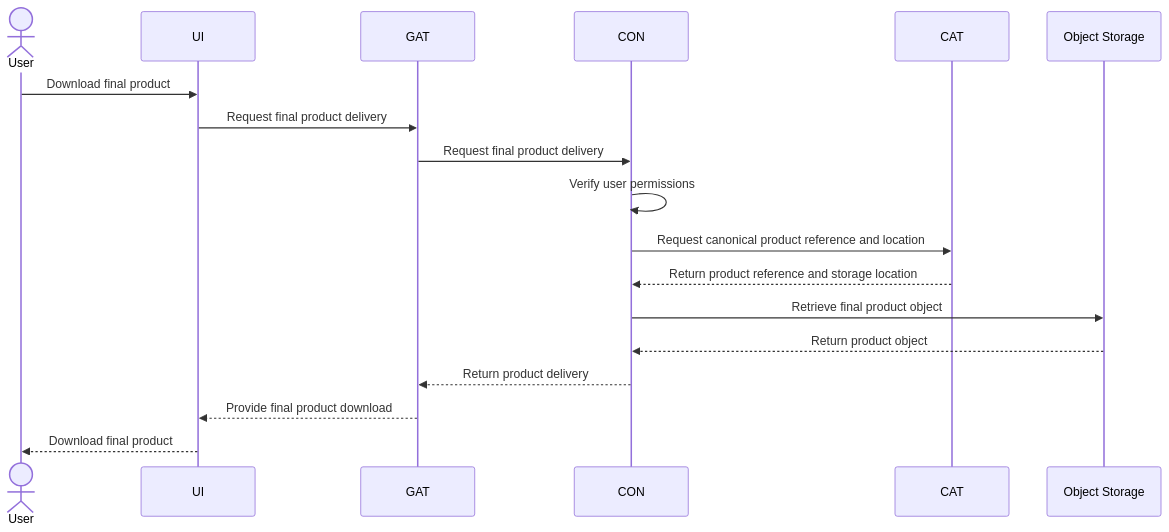
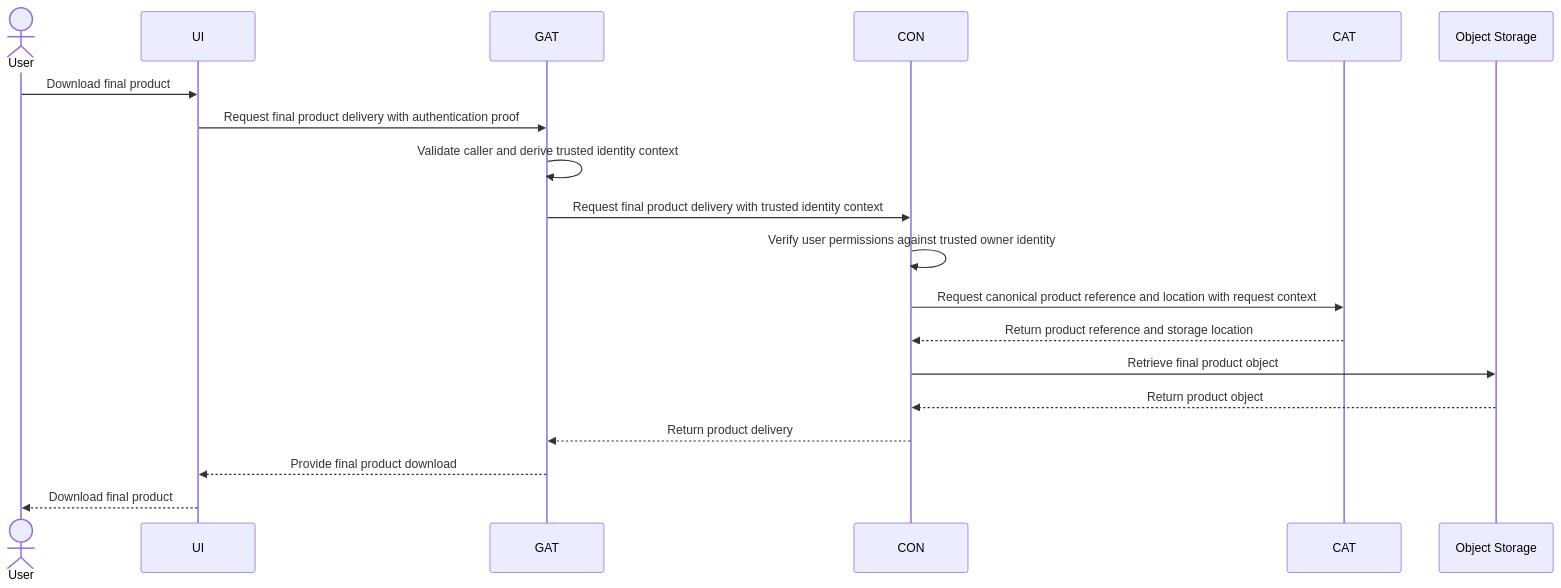
The third of 4 diagrams in documentation/architecture/sequence_diagrams/retrieve-and-display-result.md (arnaudsomville/MEOGAP), drawn with Mermaid before and after one commit. The commit also changed other lines of this file, not shown here.

Commit message:
docs: integrate ENG-15 identity context in sequences

````diff
--- a/documentation/architecture/sequence_diagrams/retrieve-and-display-result.md
+++ b/documentation/architecture/sequence_diagrams/retrieve-and-display-result.md
@@ -77,21 +79,22 @@
 ```mermaid
 sequenceDiagram
     actor User
     participant UI
     participant GAT
     participant CON
     participant CAT
     participant S3 as Object Storage
 
     User->>UI: Download final product
-    UI->>GAT: Request final product delivery
-    GAT->>CON: Request final product delivery
-    CON->>CON: Verify user permissions
-    CON->>CAT: Request canonical product reference and location
+    UI->>GAT: Request final product delivery with authentication proof
+    GAT->>GAT: Validate caller and derive trusted identity context
+    GAT->>CON: Request final product delivery with trusted identity context
+    CON->>CON: Verify user permissions against trusted owner identity
+    CON->>CAT: Request canonical product reference and location with request context
     CAT-->>CON: Return product reference and storage location
     CON->>S3: Retrieve final product object
     S3-->>CON: Return product object
     CON-->>GAT: Return product delivery
     GAT-->>UI: Provide final product download
     UI-->>User: Download final product
 ```
````
